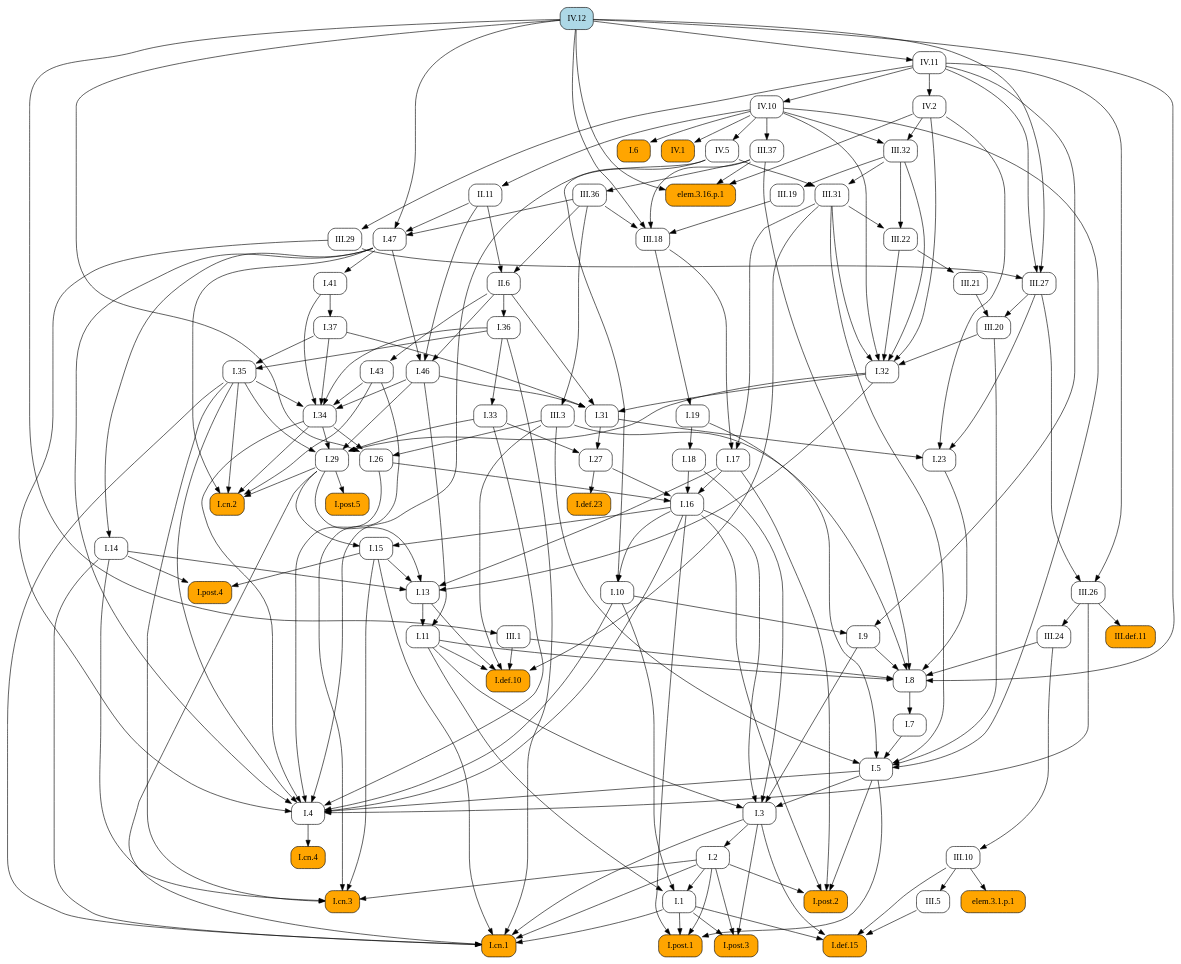
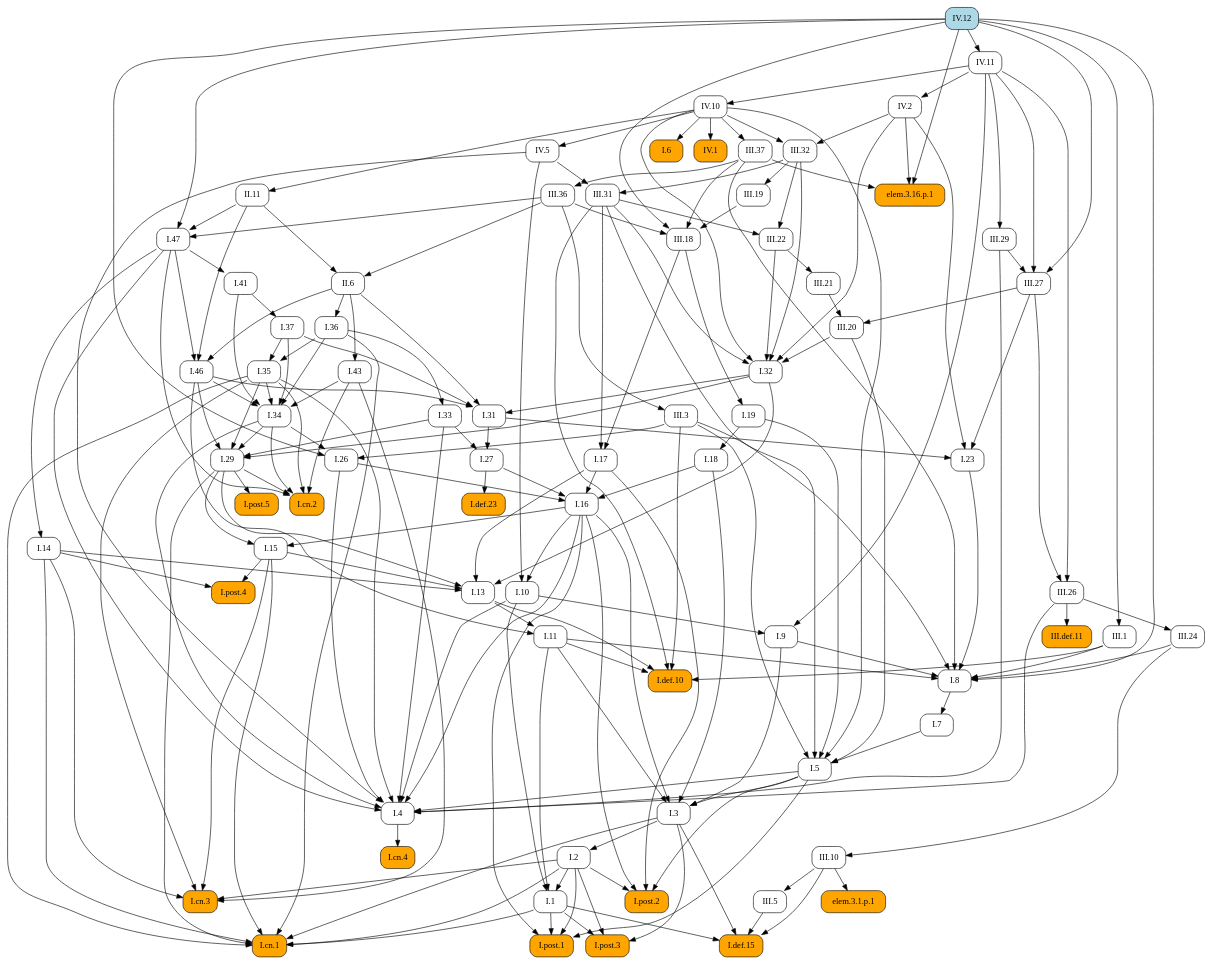
Before and after one commit to geometor/elements: the diagram in docsrc/elements2/IV/12/index.rst, drawn with Graphviz. The commit also changed other lines of this file and 171 other files, not shown here.

```diff
--- a/docsrc/elements2/IV/12/index.rst
+++ b/docsrc/elements2/IV/12/index.rst
@@ -146,127 +146,79 @@
    digraph {
      rankdir="TB";
      node [shape=box, style=rounded];
-     "III.22" [URL="/elements2/III/22/", target="_top"];
-     "III.def.11" [style="rounded,filled", fillcolor=orange, URL="/elements2/III/def.11/", target="_top"];
-     "IV.11" [URL="/elements2/IV/11/", target="_top"];
+     "I.8" [URL="/elements2/I/8/", target="_top"];
+     "I.46" [URL="/elements2/I/46/", target="_top"];
+     "III.36" [URL="/elements2/III/36/", target="_top"];
+     "I.36" [URL="/elements2/I/36/", target="_top"];
+     "IV.5" [URL="/elements2/IV/5/", target="_top"];
+     "I.post.5" [style="rounded,filled", fillcolor=orange, URL="/elements2/I/post.5/", target="_top"];
+     "III.29" [URL="/elements2/III/29/", target="_top"];
+     "I.def.10" [style="rounded,filled", fillcolor=orange, URL="/elements2/I/def.10/", target="_top"];
+     "I.cn.2" [style="rounded,filled", fillcolor=orange, URL="/elements2/I/cn.2/", target="_top"];
+     "II.11" [URL="/elements2/II/11/", target="_top"];
+     "III.31" [URL="/elements2/III/31/", target="_top"];
+     "I.31" [URL="/elements2/I/31/", target="_top"];
+     "I.43" [URL="/elements2/I/43/", target="_top"];
+     "I.post.2" [style="rounded,filled", fillcolor=orange, URL="/elements2/I/post.2/", target="_top"];
+     "III.24" [URL="/elements2/III/24/", target="_top"];
+     "I.def.23" [style="rounded,filled", fillcolor=orange, URL="/elements2/I/def.23/", target="_top"];
+     "I.26" [URL="/elements2/I/26/", target="_top"];
+     "I.19" [URL="/elements2/I/19/", target="_top"];
+     "I.cn.3" [style="rounded,filled", fillcolor=orange, URL="/elements2/I/cn.3/", target="_top"];
+     "IV.1" [style="rounded,filled", fillcolor=orange, URL="/elements2/IV/1/", target="_top"];
+     "III.5" [URL="/elements2/III/5/", target="_top"];
+     "III.20" [URL="/elements2/III/20/", target="_top"];
+     "III.26" [URL="/elements2/III/26/", target="_top"];
+     "elem.3.1.p.1" [style="rounded,filled", fillcolor=orange];
+     "I.18" [URL="/elements2/I/18/", target="_top"];
+     "I.41" [URL="/elements2/I/41/", target="_top"];
+     "I.35" [URL="/elements2/I/35/", target="_top"];
+     "II.6" [URL="/elements2/II/6/", target="_top"];
+     "I.27" [URL="/elements2/I/27/", target="_top"];
+     "III.18" [URL="/elements2/III/18/", target="_top"];
+     "I.4" [URL="/elements2/I/4/", target="_top"];
+     "I.15" [URL="/elements2/I/15/", target="_top"];
+     "I.34" [URL="/elements2/I/34/", target="_top"];
+     "I.post.3" [style="rounded,filled", fillcolor=orange, URL="/elements2/I/post.3/", target="_top"];
      "I.32" [URL="/elements2/I/32/", target="_top"];
-     "III.31" [URL="/elements2/III/31/", target="_top"];
-     "I.cn.4" [style="rounded,filled", fillcolor=orange, URL="/elements2/I/cn.4/", target="_top"];
-     "I.post.3" [style="rounded,filled", fillcolor=orange, URL="/elements2/I/post.3/", target="_top"];
-     "I.41" [URL="/elements2/I/41/", target="_top"];
-     "I.27" [URL="/elements2/I/27/", target="_top"];
-     "I.post.2" [style="rounded,filled", fillcolor=orange, URL="/elements2/I/post.2/", target="_top"];
-     "I.13" [URL="/elements2/I/13/", target="_top"];
-     "I.10" [URL="/elements2/I/10/", target="_top"];
+     "IV.12" [style="rounded,filled", fillcolor=lightblue, URL="/elements2/IV/12/", target="_top"];
+     "III.27" [URL="/elements2/III/27/", target="_top"];
+     "I.47" [URL="/elements2/I/47/", target="_top"];
+     "I.14" [URL="/elements2/I/14/", target="_top"];
      "I.post.1" [style="rounded,filled", fillcolor=orange, URL="/elements2/I/post.1/", target="_top"];
-     "I.7" [URL="/elements2/I/7/", target="_top"];
-     "III.27" [URL="/elements2/III/27/", target="_top"];
-     "I.6" [style="rounded,filled", fillcolor=orange, URL="/elements2/I/6/", target="_top"];
-     "III.19" [URL="/elements2/III/19/", target="_top"];
-     "elem.3.16.p.1" [style="rounded,filled", fillcolor=orange];
-     "III.32" [URL="/elements2/III/32/", target="_top"];
-     "I.9" [URL="/elements2/I/9/", target="_top"];
-     "I.18" [URL="/elements2/I/18/", target="_top"];
-     "I.8" [URL="/elements2/I/8/", target="_top"];
-     "I.23" [URL="/elements2/I/23/", target="_top"];
-     "I.26" [URL="/elements2/I/26/", target="_top"];
-     "I.15" [URL="/elements2/I/15/", target="_top"];
-     "III.21" [URL="/elements2/III/21/", target="_top"];
-     "III.20" [URL="/elements2/III/20/", target="_top"];
-     "III.10" [URL="/elements2/III/10/", target="_top"];
-     "I.1" [URL="/elements2/I/1/", target="_top"];
+     "I.33" [URL="/elements2/I/33/", target="_top"];
+     "I.5" [URL="/elements2/I/5/", target="_top"];
      "III.37" [URL="/elements2/III/37/", target="_top"];
      "III.3" [URL="/elements2/III/3/", target="_top"];
-     "IV.10" [URL="/elements2/IV/10/", target="_top"];
+     "III.22" [URL="/elements2/III/22/", target="_top"];
+     "elem.3.16.p.1" [style="rounded,filled", fillcolor=orange];
+     "I.def.15" [style="rounded,filled", fillcolor=orange, URL="/elements2/I/def.15/", target="_top"];
+     "I.11" [URL="/elements2/I/11/", target="_top"];
+     "III.def.11" [style="rounded,filled", fillcolor=orange, URL="/elements2/III/def.11/", target="_top"];
      "I.3" [URL="/elements2/I/3/", target="_top"];
-     "I.cn.3" [style="rounded,filled", fillcolor=orange, URL="/elements2/I/cn.3/", target="_top"];
+     "III.10" [URL="/elements2/III/10/", target="_top"];
+     "IV.11" [URL="/elements2/IV/11/", target="_top"];
+     "IV.2" [URL="/elements2/IV/2/", target="_top"];
+     "I.6" [style="rounded,filled", fillcolor=orange, URL="/elements2/I/6/", target="_top"];
+     "I.1" [URL="/elements2/I/1/", target="_top"];
+     "I.cn.4" [style="rounded,filled", fillcolor=orange, URL="/elements2/I/cn.4/", target="_top"];
+     "III.21" [URL="/elements2/III/21/", target="_top"];
+     "I.7" [URL="/elements2/I/7/", target="_top"];
      "I.17" [URL="/elements2/I/17/", target="_top"];
-     "I.19" [URL="/elements2/I/19/", target="_top"];
-     "I.37" [URL="/elements2/I/37/", target="_top"];
-     "I.def.10" [style="rounded,filled", fillcolor=orange, URL="/elements2/I/def.10/", target="_top"];
-     "III.24" [URL="/elements2/III/24/", target="_top"];
-     "III.29" [URL="/elements2/III/29/", target="_top"];
-     "I.46" [URL="/elements2/I/46/", target="_top"];
-     "I.47" [URL="/elements2/I/47/", target="_top"];
-     "I.34" [URL="/elements2/I/34/", target="_top"];
-     "II.11" [URL="/elements2/II/11/", target="_top"];
-     "I.def.15" [style="rounded,filled", fillcolor=orange, URL="/elements2/I/def.15/", target="_top"];
-     "IV.12" [style="rounded,filled", fillcolor=lightblue, URL="/elements2/IV/12/", target="_top"];
-     "I.36" [URL="/elements2/I/36/", target="_top"];
-     "elem.3.1.p.1" [style="rounded,filled", fillcolor=orange];
-     "II.6" [URL="/elements2/II/6/", target="_top"];
-     "I.14" [URL="/elements2/I/14/", target="_top"];
-     "I.11" [URL="/elements2/I/11/", target="_top"];
-     "I.4" [URL="/elements2/I/4/", target="_top"];
-     "IV.5" [URL="/elements2/IV/5/", target="_top"];
-     "I.16" [URL="/elements2/I/16/", target="_top"];
-     "III.36" [URL="/elements2/III/36/", target="_top"];
-     "I.def.23" [style="rounded,filled", fillcolor=orange, URL="/elements2/I/def.23/", target="_top"];
-     "I.2" [URL="/elements2/I/2/", target="_top"];
-     "III.18" [URL="/elements2/III/18/", target="_top"];
-     "I.cn.2" [style="rounded,filled", fillcolor=orange, URL="/elements2/I/cn.2/", target="_top"];
-     "I.post.5" [style="rounded,filled", fillcolor=orange, URL="/elements2/I/post.5/", target="_top"];
-     "III.1" [URL="/elements2/III/1/", target="_top"];
-     "I.35" [URL="/elements2/I/35/", target="_top"];
-     "IV.2" [URL="/elements2/IV/2/", target="_top"];
-     "I.43" [URL="/elements2/I/43/", target="_top"];
-     "I.33" [URL="/elements2/I/33/", target="_top"];
-     "I.31" [URL="/elements2/I/31/", target="_top"];
-     "III.5" [URL="/elements2/III/5/", target="_top"];
-     "I.post.4" [style="rounded,filled", fillcolor=orange, URL="/elements2/I/post.4/", target="_top"];
-     "IV.1" [style="rounded,filled", fillcolor=orange, URL="/elements2/IV/1/", target="_top"];
-     "III.26" [URL="/elements2/III/26/", target="_top"];
+     "I.9" [URL="/elements2/I/9/", target="_top"];
+     "III.32" [URL="/elements2/III/32/", target="_top"];
      "I.cn.1" [style="rounded,filled", fillcolor=orange, URL="/elements2/I/cn.1/", target="_top"];
      "I.29" [URL="/elements2/I/29/", target="_top"];
-     "I.5" [URL="/elements2/I/5/", target="_top"];
-     "III.31" -> "III.22";
-     "III.32" -> "III.22";
-     "III.26" -> "III.def.11";
-     "IV.12" -> "IV.11";
-     "III.20" -> "I.32";
-     "III.22" -> "I.32";
-     "III.31" -> "I.32";
-     "III.32" -> "I.32";
-     "IV.2" -> "I.32";
-     "IV.10" -> "I.32";
-     "III.32" -> "III.31";
-     "IV.5" -> "III.31";
-     "I.4" -> "I.cn.4";
-     "I.1" -> "I.post.3";
-     "I.2" -> "I.post.3";
-     "I.3" -> "I.post.3";
-     "I.47" -> "I.41";
-     "I.31" -> "I.27";
-     "I.33" -> "I.27";
-     "I.2" -> "I.post.2";
-     "I.5" -> "I.post.2";
-     "I.16" -> "I.post.2";
-     "I.17" -> "I.post.2";
-     "I.14" -> "I.13";
-     "I.15" -> "I.13";
-     "I.17" -> "I.13";
-     "I.29" -> "I.13";
-     "I.32" -> "I.13";
-     "I.16" -> "I.10";
-     "IV.5" -> "I.10";
-     "I.1" -> "I.post.1";
-     "I.2" -> "I.post.1";
-     "I.5" -> "I.post.1";
-     "I.16" -> "I.post.1";
-     "I.8" -> "I.7";
-     "III.29" -> "III.27";
-     "IV.11" -> "III.27";
-     "IV.12" -> "III.27";
-     "IV.10" -> "I.6";
-     "III.32" -> "III.19";
-     "III.37" -> "elem.3.16.p.1";
-     "IV.2" -> "elem.3.16.p.1";
-     "IV.12" -> "elem.3.16.p.1";
-     "IV.2" -> "III.32";
-     "IV.10" -> "III.32";
-     "I.10" -> "I.9";
-     "IV.11" -> "I.9";
-     "I.19" -> "I.18";
+     "I.16" [URL="/elements2/I/16/", target="_top"];
+     "I.post.4" [style="rounded,filled", fillcolor=orange, URL="/elements2/I/post.4/", target="_top"];
+     "IV.10" [URL="/elements2/IV/10/", target="_top"];
+     "I.13" [URL="/elements2/I/13/", target="_top"];
+     "III.19" [URL="/elements2/III/19/", target="_top"];
+     "I.2" [URL="/elements2/I/2/", target="_top"];
+     "I.37" [URL="/elements2/I/37/", target="_top"];
+     "III.1" [URL="/elements2/III/1/", target="_top"];
+     "I.10" [URL="/elements2/I/10/", target="_top"];
+     "I.23" [URL="/elements2/I/23/", target="_top"];
      "I.9" -> "I.8";
      "I.11" -> "I.8";
      "I.23" -> "I.8";
@@ -275,69 +227,66 @@
      "III.24" -> "I.8";
      "III.37" -> "I.8";
      "IV.12" -> "I.8";
-     "I.31" -> "I.23";
-     "III.27" -> "I.23";
-     "IV.2" -> "I.23";
+     "I.47" -> "I.46";
+     "II.6" -> "I.46";
+     "II.11" -> "I.46";
+     "III.37" -> "III.36";
+     "II.6" -> "I.36";
+     "IV.10" -> "IV.5";
+     "I.29" -> "I.post.5";
+     "IV.11" -> "III.29";
+     "I.11" -> "I.def.10";
+     "I.13" -> "I.def.10";
+     "III.1" -> "I.def.10";
+     "III.3" -> "I.def.10";
+     "III.31" -> "I.def.10";
+     "I.29" -> "I.cn.2";
+     "I.34" -> "I.cn.2";
+     "I.35" -> "I.cn.2";
+     "I.43" -> "I.cn.2";
+     "I.47" -> "I.cn.2";
+     "IV.10" -> "II.11";
+     "III.32" -> "III.31";
+     "IV.5" -> "III.31";
+     "I.32" -> "I.31";
+     "I.37" -> "I.31";
+     "I.46" -> "I.31";
+     "II.6" -> "I.31";
+     "II.6" -> "I.43";
+     "I.2" -> "I.post.2";
+     "I.5" -> "I.post.2";
+     "I.16" -> "I.post.2";
+     "I.17" -> "I.post.2";
+     "III.26" -> "III.24";
+     "I.27" -> "I.def.23";
      "I.34" -> "I.26";
      "III.3" -> "I.26";
      "IV.12" -> "I.26";
-     "I.16" -> "I.15";
-     "I.29" -> "I.15";
-     "III.22" -> "III.21";
-     "III.21" -> "III.20";
-     "III.27" -> "III.20";
-     "III.24" -> "III.10";
-     "I.2" -> "I.1";
-     "I.10" -> "I.1";
-     "I.11" -> "I.1";
-     "IV.10" -> "III.37";
-     "III.36" -> "III.3";
-     "IV.11" -> "IV.10";
-     "I.5" -> "I.3";
-     "I.9" -> "I.3";
-     "I.11" -> "I.3";
-     "I.16" -> "I.3";
-     "I.18" -> "I.3";
+     "III.18" -> "I.19";
      "I.2" -> "I.cn.3";
      "I.14" -> "I.cn.3";
      "I.15" -> "I.cn.3";
      "I.35" -> "I.cn.3";
      "I.43" -> "I.cn.3";
-     "III.18" -> "I.17";
-     "III.31" -> "I.17";
-     "III.18" -> "I.19";
-     "I.41" -> "I.37";
-     "I.11" -> "I.def.10";
-     "I.13" -> "I.def.10";
-     "III.1" -> "I.def.10";
-     "III.3" -> "I.def.10";
-     "III.31" -> "I.def.10";
-     "III.26" -> "III.24";
-     "IV.11" -> "III.29";
-     "I.47" -> "I.46";
-     "II.6" -> "I.46";
-     "II.11" -> "I.46";
-     "II.11" -> "I.47";
-     "III.36" -> "I.47";
-     "IV.12" -> "I.47";
-     "I.35" -> "I.34";
-     "I.36" -> "I.34";
-     "I.37" -> "I.34";
-     "I.41" -> "I.34";
-     "I.43" -> "I.34";
-     "I.46" -> "I.34";
-     "IV.10" -> "II.11";
-     "I.1" -> "I.def.15";
-     "I.3" -> "I.def.15";
-     "III.5" -> "I.def.15";
-     "III.10" -> "I.def.15";
-     "II.6" -> "I.36";
+     "IV.10" -> "IV.1";
+     "III.10" -> "III.5";
+     "III.21" -> "III.20";
+     "III.27" -> "III.20";
+     "III.27" -> "III.26";
+     "IV.11" -> "III.26";
      "III.10" -> "elem.3.1.p.1";
+     "I.19" -> "I.18";
+     "I.47" -> "I.41";
+     "I.36" -> "I.35";
+     "I.37" -> "I.35";
      "II.11" -> "II.6";
      "III.36" -> "II.6";
-     "I.47" -> "I.14";
-     "I.13" -> "I.11";
-     "I.46" -> "I.11";
+     "I.31" -> "I.27";
+     "I.33" -> "I.27";
+     "III.19" -> "III.18";
+     "III.36" -> "III.18";
+     "III.37" -> "III.18";
+     "IV.12" -> "III.18";
      "I.5" -> "I.4";
      "I.10" -> "I.4";
      "I.16" -> "I.4";
@@ -349,40 +298,76 @@
      "III.26" -> "I.4";
      "III.29" -> "I.4";
      "IV.5" -> "I.4";
-     "IV.10" -> "IV.5";
-     "I.17" -> "I.16";
-     "I.18" -> "I.16";
-     "I.26" -> "I.16";
-     "I.27" -> "I.16";
-     "III.37" -> "III.36";
-     "I.27" -> "I.def.23";
-     "I.3" -> "I.2";
-     "III.19" -> "III.18";
-     "III.36" -> "III.18";
-     "III.37" -> "III.18";
-     "IV.12" -> "III.18";
-     "I.29" -> "I.cn.2";
-     "I.34" -> "I.cn.2";
-     "I.35" -> "I.cn.2";
-     "I.43" -> "I.cn.2";
-     "I.47" -> "I.cn.2";
-     "I.29" -> "I.post.5";
-     "IV.12" -> "III.1";
-     "I.36" -> "I.35";
-     "I.37" -> "I.35";
+     "I.16" -> "I.15";
+     "I.29" -> "I.15";
+     "I.35" -> "I.34";
+     "I.36" -> "I.34";
+     "I.37" -> "I.34";
+     "I.41" -> "I.34";
+     "I.43" -> "I.34";
+     "I.46" -> "I.34";
+     "I.1" -> "I.post.3";
+     "I.2" -> "I.post.3";
+     "I.3" -> "I.post.3";
+     "III.20" -> "I.32";
+     "III.22" -> "I.32";
+     "III.31" -> "I.32";
+     "III.32" -> "I.32";
+     "IV.2" -> "I.32";
+     "IV.10" -> "I.32";
+     "III.29" -> "III.27";
+     "IV.11" -> "III.27";
+     "IV.12" -> "III.27";
+     "II.11" -> "I.47";
+     "III.36" -> "I.47";
+     "IV.12" -> "I.47";
+     "I.47" -> "I.14";
+     "I.1" -> "I.post.1";
+     "I.2" -> "I.post.1";
+     "I.5" -> "I.post.1";
+     "I.16" -> "I.post.1";
+     "I.36" -> "I.33";
+     "I.7" -> "I.5";
+     "I.19" -> "I.5";
+     "III.3" -> "I.5";
+     "III.20" -> "I.5";
+     "III.31" -> "I.5";
+     "IV.10" -> "I.5";
+     "IV.10" -> "III.37";
+     "III.36" -> "III.3";
+     "III.31" -> "III.22";
+     "III.32" -> "III.22";
+     "III.37" -> "elem.3.16.p.1";
+     "IV.2" -> "elem.3.16.p.1";
+     "IV.12" -> "elem.3.16.p.1";
+     "I.1" -> "I.def.15";
+     "I.3" -> "I.def.15";
+     "III.5" -> "I.def.15";
+     "III.10" -> "I.def.15";
+     "I.13" -> "I.11";
+     "I.46" -> "I.11";
+     "III.26" -> "III.def.11";
+     "I.5" -> "I.3";
+     "I.9" -> "I.3";
+     "I.11" -> "I.3";
+     "I.16" -> "I.3";
+     "I.18" -> "I.3";
+     "III.24" -> "III.10";
+     "IV.12" -> "IV.11";
      "IV.11" -> "IV.2";
-     "II.6" -> "I.43";
-     "I.36" -> "I.33";
-     "I.32" -> "I.31";
-     "I.37" -> "I.31";
-     "I.46" -> "I.31";
-     "II.6" -> "I.31";
-     "III.10" -> "III.5";
-     "I.14" -> "I.post.4";
-     "I.15" -> "I.post.4";
-     "IV.10" -> "IV.1";
-     "III.27" -> "III.26";
-     "IV.11" -> "III.26";
+     "IV.10" -> "I.6";
+     "I.2" -> "I.1";
+     "I.10" -> "I.1";
+     "I.11" -> "I.1";
+     "I.4" -> "I.cn.4";
+     "III.22" -> "III.21";
+     "I.8" -> "I.7";
+     "III.18" -> "I.17";
+     "III.31" -> "I.17";
+     "I.10" -> "I.9";
+     "IV.11" -> "I.9";
+     "IV.2" -> "III.32";
+     "IV.10" -> "III.32";
      "I.1" -> "I.cn.1";
      "I.2" -> "I.cn.1";
      "I.3" -> "I.cn.1";
@@ -396,10 +381,25 @@
      "I.34" -> "I.29";
      "I.35" -> "I.29";
      "I.46" -> "I.29";
-     "I.7" -> "I.5";
-     "I.19" -> "I.5";
-     "III.3" -> "I.5";
-     "III.20" -> "I.5";
-     "III.31" -> "I.5";
-     "IV.10" -> "I.5";
+     "I.17" -> "I.16";
+     "I.18" -> "I.16";
+     "I.26" -> "I.16";
+     "I.27" -> "I.16";
+     "I.14" -> "I.post.4";
+     "I.15" -> "I.post.4";
+     "IV.11" -> "IV.10";
+     "I.14" -> "I.13";
+     "I.15" -> "I.13";
+     "I.17" -> "I.13";
+     "I.29" -> "I.13";
+     "I.32" -> "I.13";
+     "III.32" -> "III.19";
+     "I.3" -> "I.2";
+     "I.41" -> "I.37";
+     "IV.12" -> "III.1";
+     "I.16" -> "I.10";
+     "IV.5" -> "I.10";
+     "I.31" -> "I.23";
+     "III.27" -> "I.23";
+     "IV.2" -> "I.23";
    }
```
